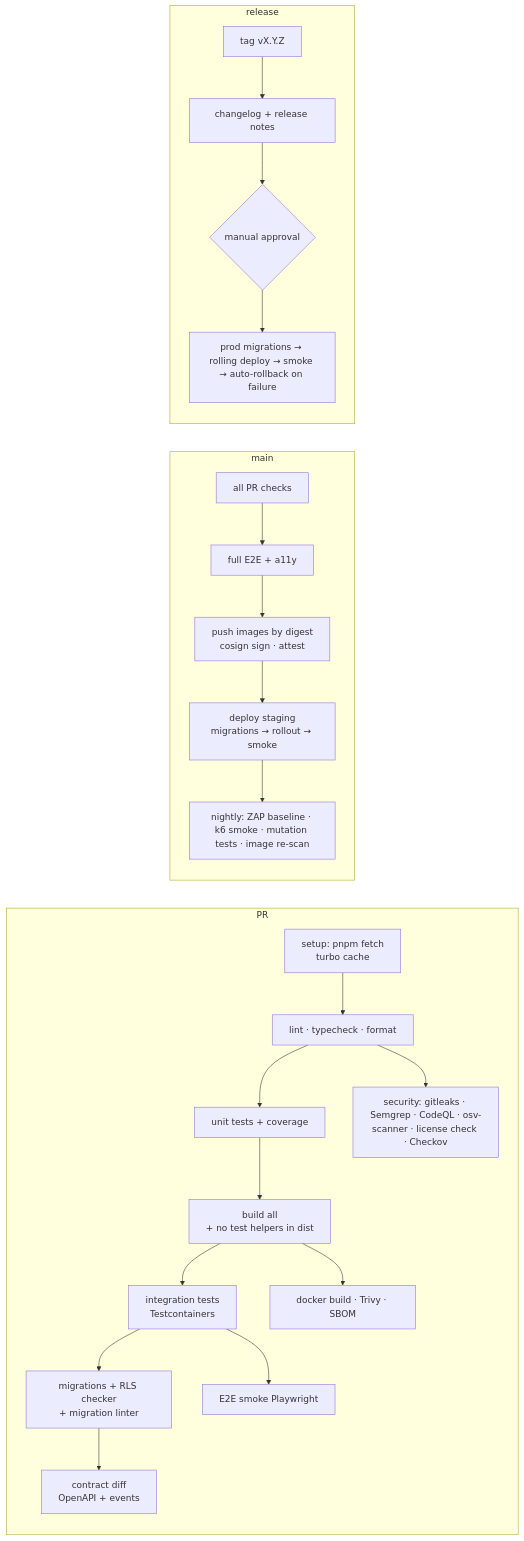
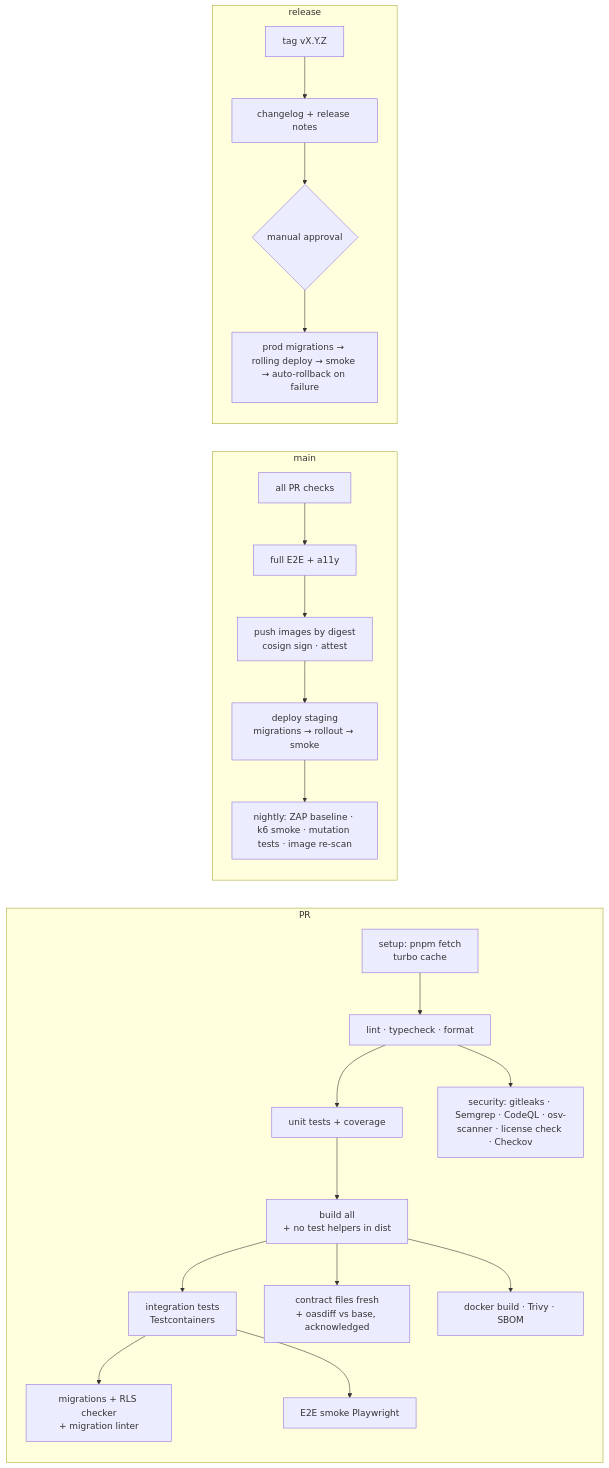
One commit to w1t3ack3r/univarse changed the diagram in docs/13-ci-cd-and-workflow.md. Above: the diagram before and after it, drawn with Mermaid. The commit also changed other lines of this file and 12 other files, not shown here.

````diff
--- a/docs/13-ci-cd-and-workflow.md
+++ b/docs/13-ci-cd-and-workflow.md
@@ -19,25 +24,25 @@
 ```mermaid
 flowchart LR
   subgraph PR
     A[setup: pnpm fetch<br/>turbo cache] --> B[lint · typecheck · format]
     B --> C[unit tests + coverage]
     C --> D[build all<br/>+ no test helpers in dist]
     D --> E[integration tests<br/>Testcontainers]
     E --> F[migrations + RLS checker<br/>+ migration linter]
-    F --> G[contract diff<br/>OpenAPI + events]
+    D --> G[contract files fresh<br/>+ oasdiff vs base, acknowledged]
     B --> H[security: gitleaks · Semgrep · CodeQL · osv-scanner · license check · Checkov]
     D --> I[docker build · Trivy · SBOM]
     E --> J[E2E smoke Playwright]
   end
   subgraph main
     K[all PR checks] --> L[full E2E + a11y]
     L --> M[push images by digest<br/>cosign sign · attest]
     M --> N[deploy staging<br/>migrations → rollout → smoke]
     N --> O[nightly: ZAP baseline · k6 smoke · mutation tests · image re-scan]
   end
   subgraph release
     P[tag vX.Y.Z] --> Q[changelog + release notes]
     Q --> R{manual approval}
     R --> S[prod migrations → rolling deploy → smoke → auto-rollback on failure]
   end
 ```
````
